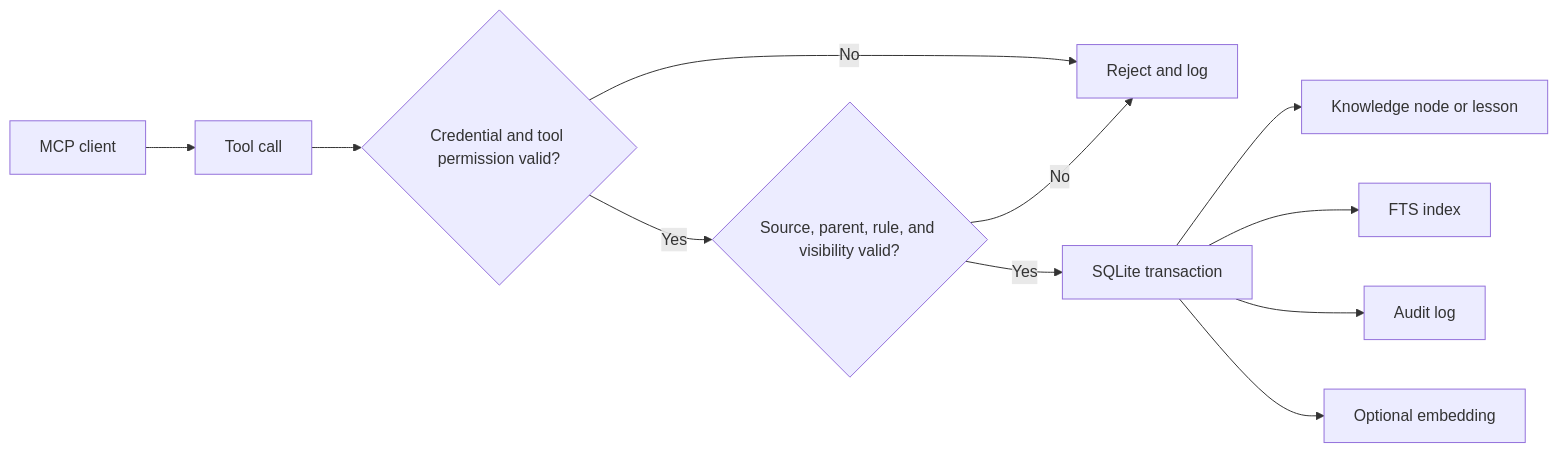
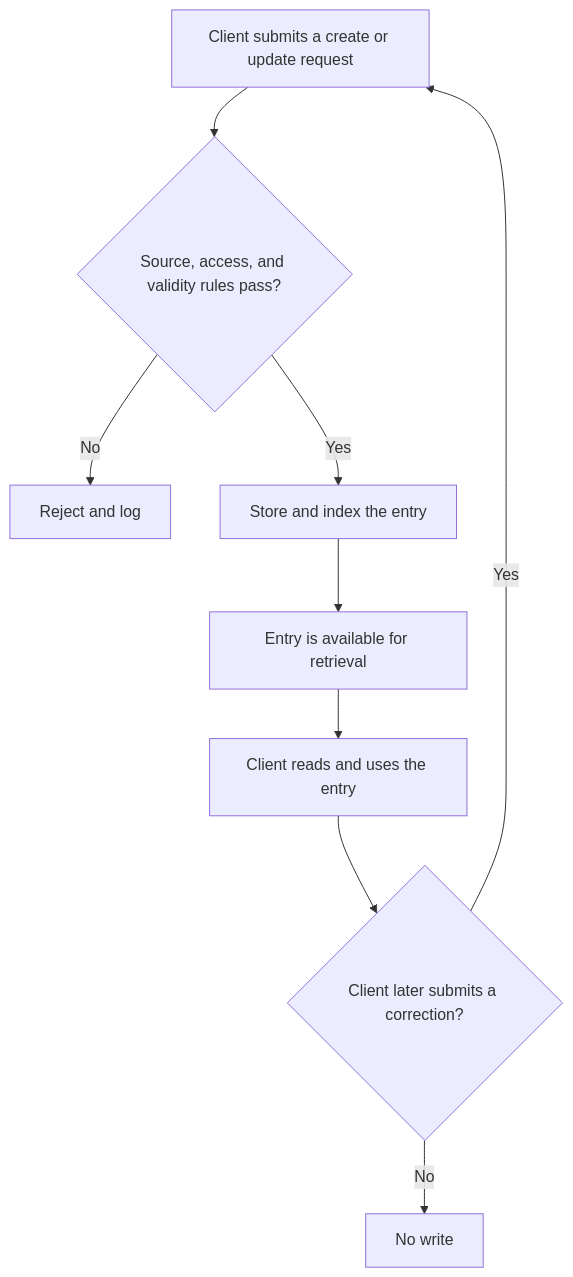
The first of 2 diagrams in README.md (3lehr/brainlehr), drawn with Mermaid before and after one commit. The commit also changed other lines of this file and 1 other file, not shown here.

Commit message:
docs(readme): clarify explicit update cycle
Why: distinguish client-triggered corrections from automatic feedback and keep both Brainlehr diagrams readable on GitHub.

Verified: 15 pytest tests; privacy check; README contract and links; git diff --check.

AI-Agent: /root

````diff
--- a/README.md
+++ b/README.md
@@ -26,13 +28,11 @@
 ```mermaid
-flowchart LR
-    A["MCP client"] --> B["Tool call"]
-    B --> C{"Credential and tool permission valid?"}
-    C -- No --> X["Reject and log"]
-    C -- Yes --> D{"Source, parent, rule, and visibility valid?"}
-    D -- No --> X
-    D -- Yes --> E["SQLite transaction"]
-    E --> F["Knowledge node or lesson"]
-    E --> G["FTS index"]
-    E --> H["Audit log"]
-    E --> I["Optional embedding"]
+flowchart TD
+    A["Client submits a create or update request"] --> B{"Source, access, and validity rules pass?"}
+    B -- No --> X["Reject and log"]
+    B -- Yes --> C["Store and index the entry"]
+    C --> D["Entry is available for retrieval"]
+    D --> E["Client reads and uses the entry"]
+    E --> F{"Client later submits a correction?"}
+    F -- Yes --> A
+    F -- No --> G["No write"]
 ```
````
